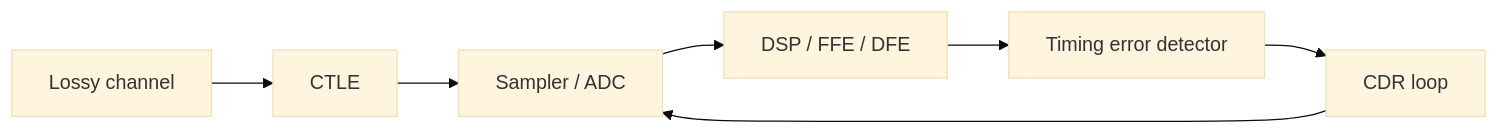
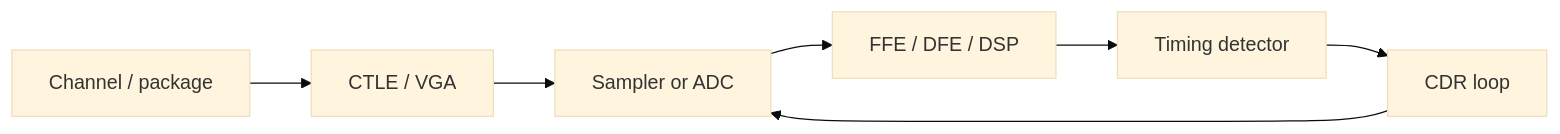
The third of 3 diagrams in 01_AnalogIC_SerDes/PLL_CDR_Clocking/cdr_jitter_tolerance.md (uopuwe/Second_Brain), drawn with Mermaid (base theme) before and after one commit. The commit also changed other lines of this file and 4 other files, not shown here.

````diff
--- a/01_AnalogIC_SerDes/PLL_CDR_Clocking/cdr_jitter_tolerance.md
+++ b/01_AnalogIC_SerDes/PLL_CDR_Clocking/cdr_jitter_tolerance.md
@@ -192,9 +252,9 @@
 ```mermaid
 flowchart LR
-  CH[Lossy channel] --> CTLE[CTLE]
-  CTLE --> ADC[Sampler / ADC]
-  ADC --> EQ[DSP / FFE / DFE]
-  EQ --> TED[Timing error detector]
+  CH[Channel / package] --> CTLE[CTLE / VGA]
+  CTLE --> ADC[Sampler or ADC]
+  ADC --> EQ[FFE / DFE / DSP]
+  EQ --> TED[Timing detector]
   TED --> CDR[CDR loop]
   CDR --> ADC
 ```
````
